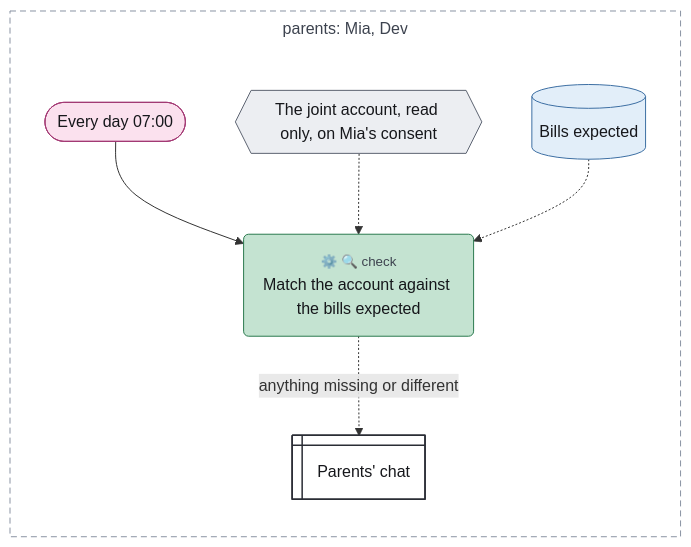
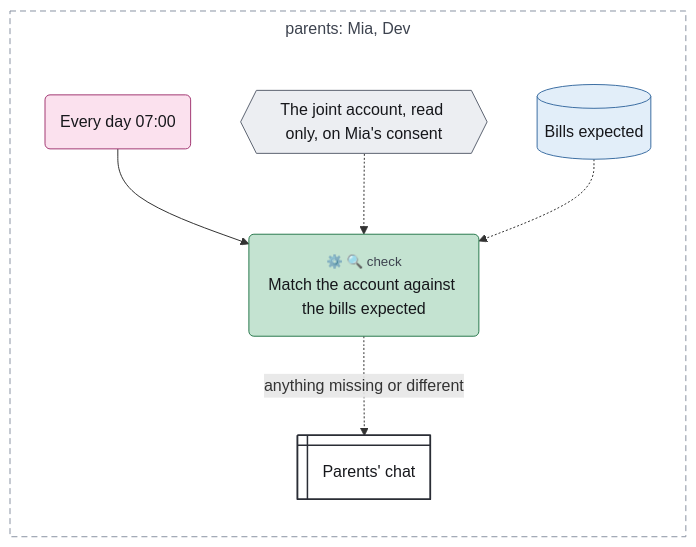
One commit to chrismdp/awml changed the diagram in examples/tour/13-check-by-code.mmd. Above: the diagram before and after it, drawn with Mermaid. The commit also changed 91 other files, not shown here.

```diff
--- a/examples/tour/13-check-by-code.mmd
+++ b/examples/tour/13-check-by-code.mmd
@@ -1,39 +1,39 @@
 ---
 config:
   theme: default
   fontFamily: Inter, sans-serif
   flowchart:
     useMaxWidth: false
     subGraphTitleMargin:
       top: 6
       bottom: 30
 ---
 flowchart TB
   subgraph parents["parents#58; Mia#44; Dev"]
     direction TB
-    daily(["Every day 07#58;00"])
+    daily("Every day 07#58;00")
     bank{{"The joint account#44; read only#44; on Mia#39;s consent"}}
     expected[("Bills expected")]
     match("<small style='color:rgb(61,67,79)'>⚙️ 🔍 check</small><br>Match the account against the bills expected")
     chat@{ shape: win-pane, label: "Parents#39; chat" }
   end
 
   daily --> match
   bank -.-> match
   expected -.-> match
   match -.->|"anything missing or different"| chat
   classDef trig fill:#fbe1ee,stroke:#a33a74,color:#16171b
   classDef ctx fill:#e2eef9,stroke:#3d6fa3,color:#16171b
   classDef con fill:#eceef2,stroke:#5d6472,color:#16171b
   classDef surf fill:#ffffff,stroke:#2a2d35,stroke-width:1.5px,color:#16171b
   classDef out fill:#fde4dc,stroke:#b5532f,color:#16171b
   classDef ai fill:#cdd3fb,stroke:#3b4bb0,color:#16171b
   classDef code fill:#c4e3d1,stroke:#2b7a4f,color:#16171b
   classDef person fill:#f7d79a,stroke:#9a6100,color:#16171b
   classDef gap fill:#ffffff,stroke:#8a93a3,stroke-dasharray:4 3,color:#6b7280
   class daily trig
   class expected ctx
   class bank con
   class chat surf
   class match code
   style parents fill:transparent,stroke:#8a93a3,stroke-dasharray:6 4,color:#3d434f
```
